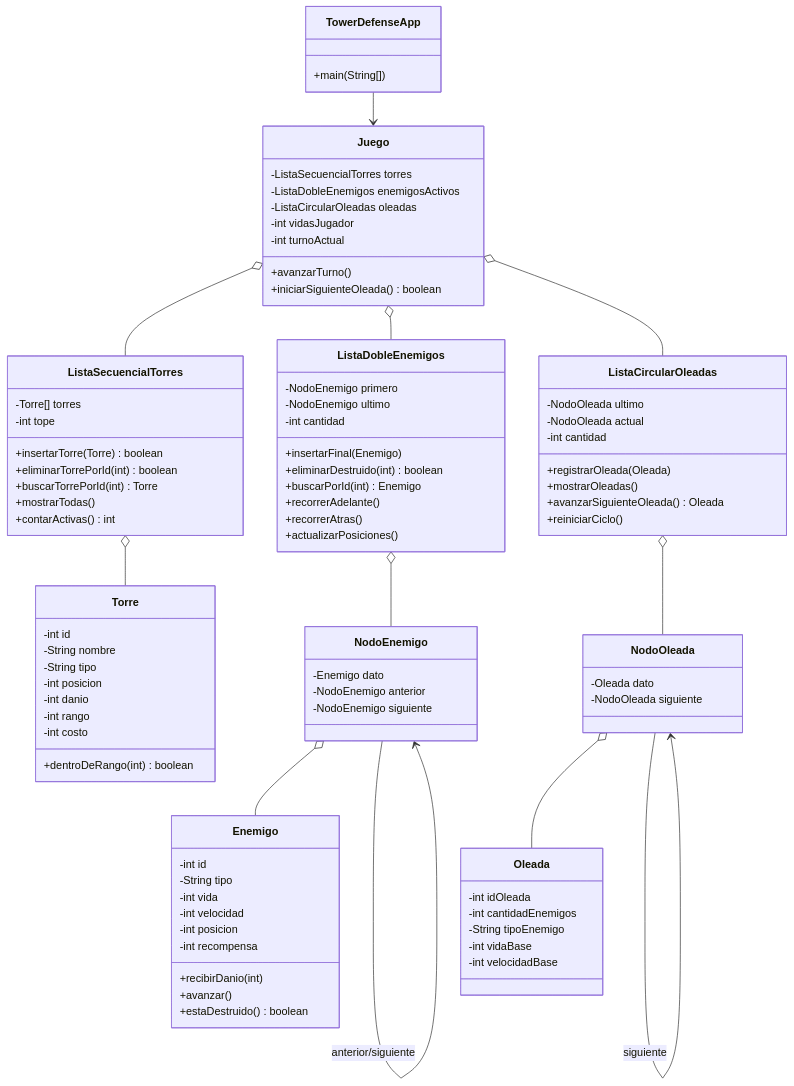
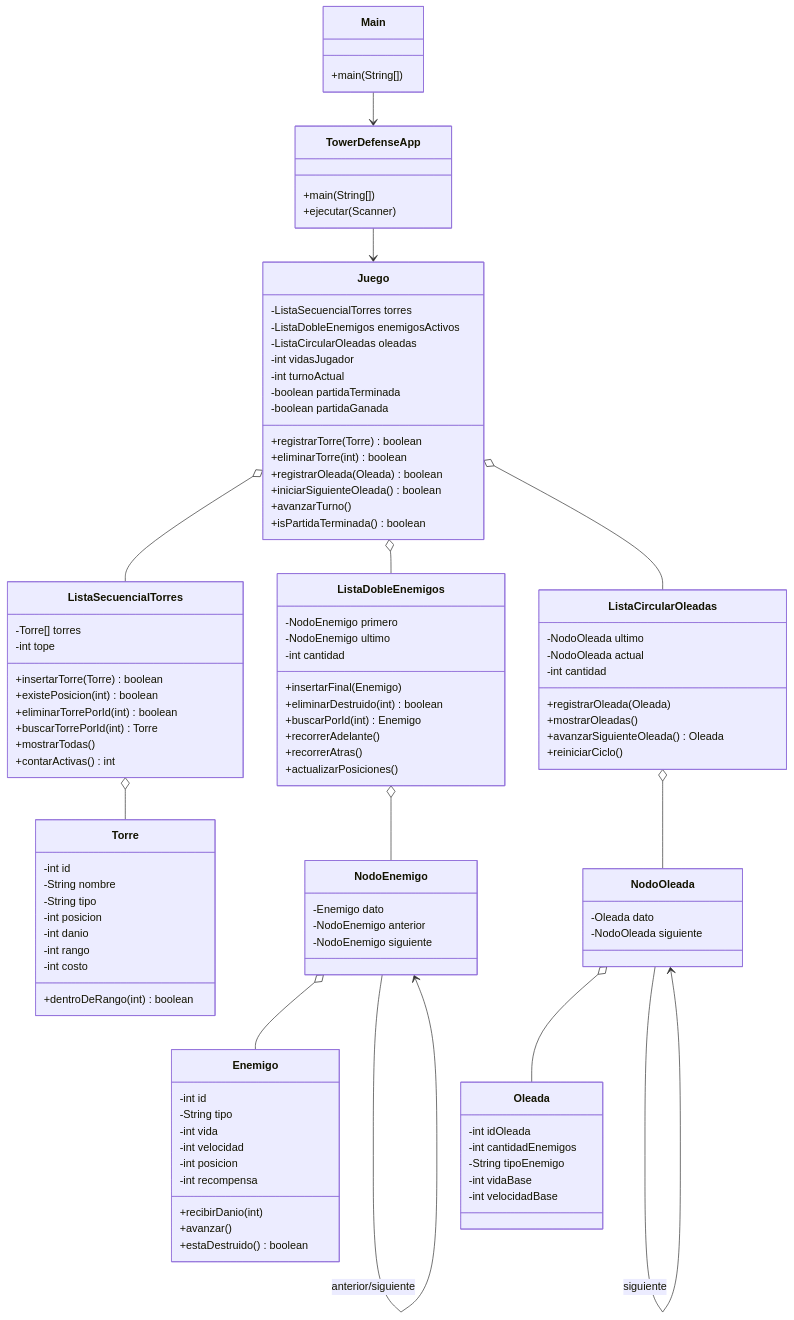
The diagram in diagramas/diagrama-clases.md (juanchicoyunda1234/Evaluacion-Practica), drawn with Mermaid before and after one commit. The commit also changed other lines of this file, not shown here.

Commit message:
Actualice el diagrama de clases con los metodos nuevos de validacion

````diff
--- a/diagramas/diagrama-clases.md
+++ b/diagramas/diagrama-clases.md
@@ -41,6 +41,7 @@
         -Torre[] torres
         -int tope
         +insertarTorre(Torre) boolean
+        +existePosicion(int) boolean
         +eliminarTorrePorId(int) boolean
         +buscarTorrePorId(int) Torre
         +mostrarTodas()
@@ -72,11 +73,21 @@
         -ListaCircularOleadas oleadas
         -int vidasJugador
         -int turnoActual
+        -boolean partidaTerminada
+        -boolean partidaGanada
+        +registrarTorre(Torre) boolean
+        +eliminarTorre(int) boolean
+        +registrarOleada(Oleada) boolean
+        +iniciarSiguienteOleada() boolean
         +avanzarTurno()
-        +iniciarSiguienteOleada() boolean
+        +isPartidaTerminada() boolean
+    }
+    class Main {
+        +main(String[])
     }
     class TowerDefenseApp {
         +main(String[])
+        +ejecutar(Scanner)
     }
 
     ListaSecuencialTorres o-- Torre
@@ -90,4 +101,5 @@
     Juego o-- ListaDobleEnemigos
     Juego o-- ListaCircularOleadas
     TowerDefenseApp --> Juego
+    Main --> TowerDefenseApp
 ```
````
